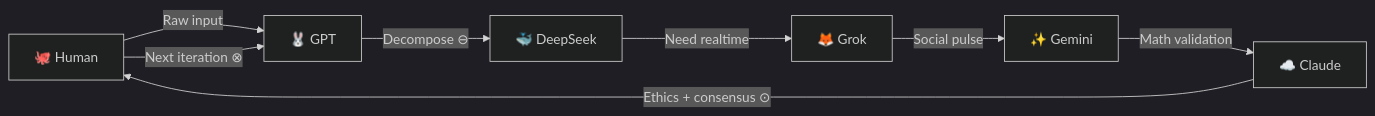
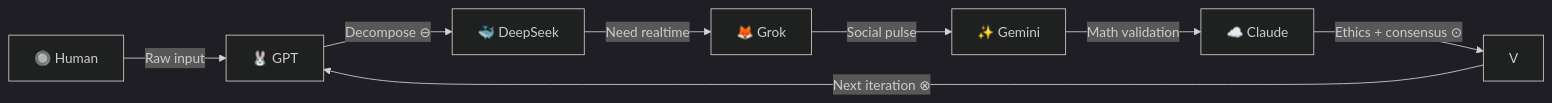
Before and after one commit to vNeeL-code/A.G.I.-A.S.I.: the diagram in README.md, drawn with Mermaid (dark theme). The commit also changed other lines of this file, not shown here.

````diff
--- a/README.md
+++ b/README.md
@@ -165,10 +165,10 @@
 ```mermaid
 graph LR
-    V[🐙 Human] -->|"Raw input"| GPT[🐰 GPT]
+    User[🔘 Human] -->|"Raw input"| GPT[🐰 GPT]
     GPT -->|"Decompose ⊖"| DS[🐳 DeepSeek]
     DS -->|"Need realtime"| Grok[🦊 Grok]
     Grok -->|"Social pulse"| Gem[✨ Gemini]
     Gem -->|"Math validation"| Claude[☁️ Claude]
     Claude -->|"Ethics + consensus ⊙"| V
     V -->|"Next iteration ⊗"| GPT
 ```
````
